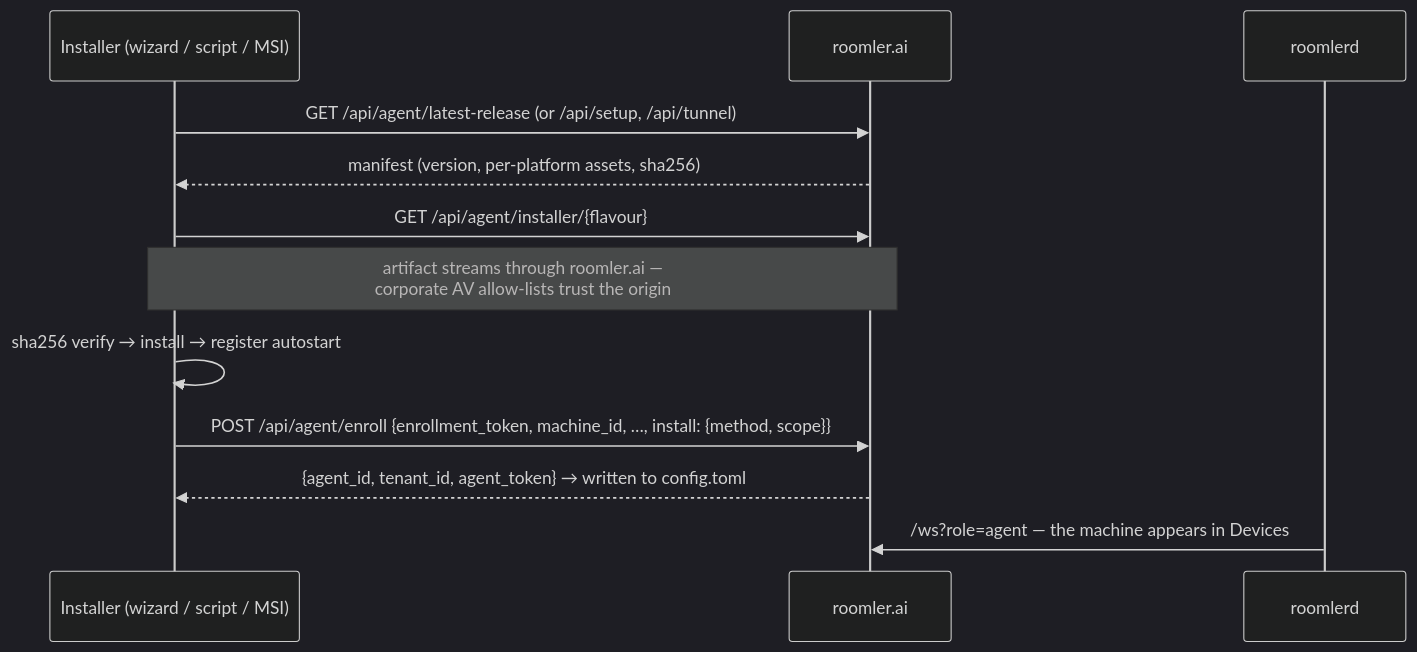
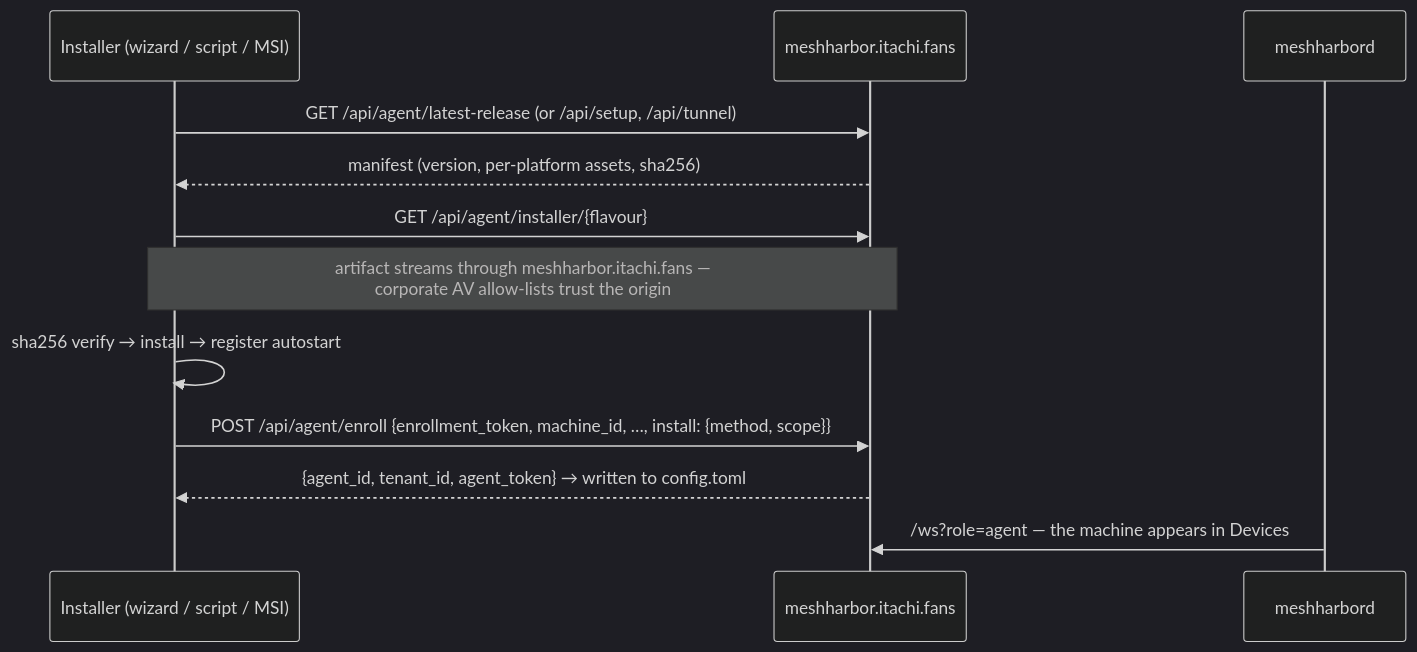
One commit to jk-zhang-meta/MeshHarbor changed the second of 5 diagrams in docs/installation.md. Above: the diagram before and after it, drawn with Mermaid (dark theme). The commit also changed other lines of this file and 682 other files, not shown here.

````diff
--- a/docs/installation.md
+++ b/docs/installation.md
@@ -35,15 +35,15 @@
 ```mermaid
 sequenceDiagram
     participant I as Installer (wizard / script / MSI)
-    participant S as roomler.ai
-    participant D as roomlerd
+    participant S as meshharbor.itachi.fans
+    participant D as meshharbord
 
     I->>S: GET /api/agent/latest-release (or /api/setup, /api/tunnel)
     S-->>I: manifest (version, per-platform assets, sha256)
     I->>S: GET /api/agent/installer/{flavour}
-    Note over I,S: artifact streams through roomler.ai —<br/>corporate AV allow-lists trust the origin
+    Note over I,S: artifact streams through meshharbor.itachi.fans —<br/>corporate AV allow-lists trust the origin
     I->>I: sha256 verify → install → register autostart
     I->>S: POST /api/agent/enroll {enrollment_token, machine_id, …, install: {method, scope}}
     S-->>I: {agent_id, tenant_id, agent_token} → written to config.toml
     D->>S: /ws?role=agent — the machine appears in Devices
 ```
````
